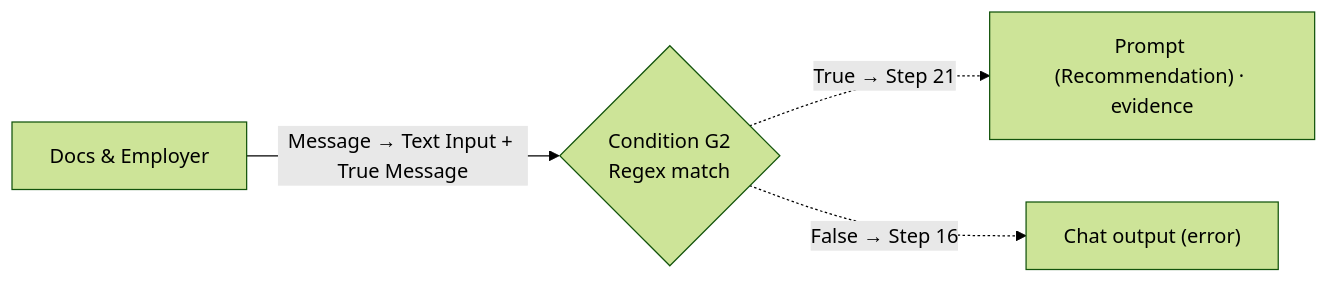
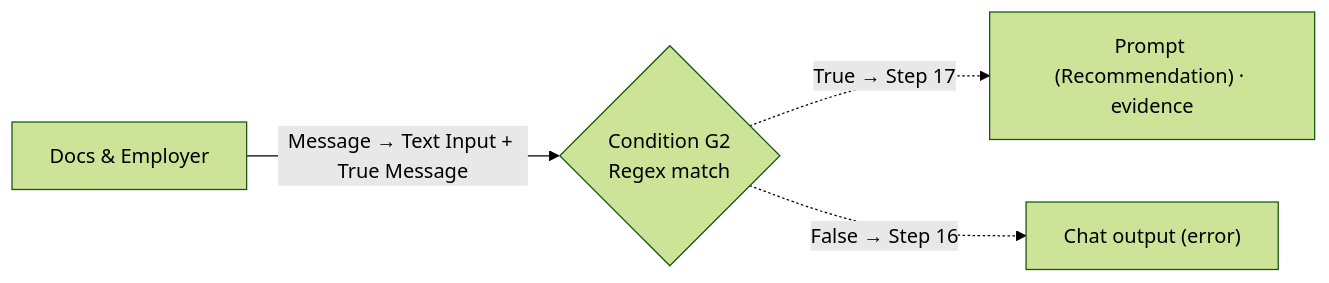
Diagram 16 of 20 in paf/flows/CHAT_WORKFLOW.md (vmleon/oracle-database-private-agent-factory-poc), drawn with Mermaid (forest theme) before and after one commit. The commit also changed other lines of this file, not shown here.

Commit message:
docs(flow): describe CHAT_WORKFLOW final state, drop build history

````diff
--- a/paf/flows/CHAT_WORKFLOW.md
+++ b/paf/flows/CHAT_WORKFLOW.md
@@ -417,6 +415,6 @@
 ```mermaid
 flowchart LR
     A["Docs & Employer"] -->|Message → Text Input + True Message| G2{"Condition G2<br/>Regex match"}
-    G2 -.->|True → Step 21| RC["Prompt (Recommendation) · evidence"]
+    G2 -.->|True → Step 17| RC["Prompt (Recommendation) · evidence"]
     G2 -.->|False → Step 16| OE["Chat output (error)"]
 ```
````
